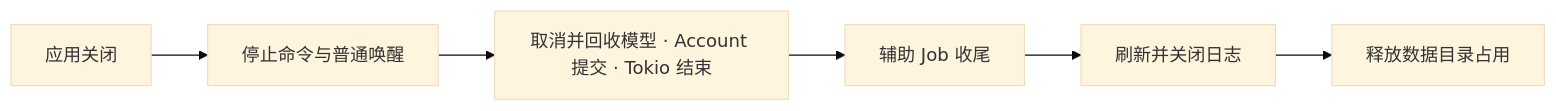
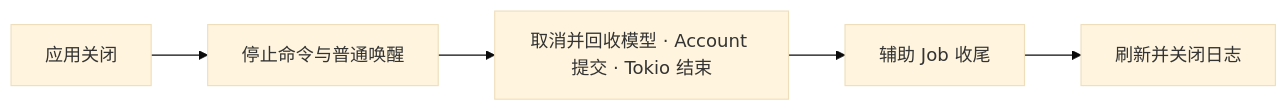
Before and after one commit to slc90/Agentelier: the third of 3 diagrams in docs/design/architecture.md, drawn with Mermaid (base theme). The commit also changed other lines of this file and 15 other files, not shown here.

````diff
--- a/docs/design/architecture.md
+++ b/docs/design/architecture.md
@@ -184,8 +184,7 @@
 ```mermaid
 flowchart LR
     Exit["应用关闭"] --> Stop["停止命令与普通唤醒"]
     Stop --> Agent["取消并回收模型 · Account 提交 · Tokio 结束"]
     Agent --> Jobs["辅助 Job 收尾"]
     Jobs --> Logs["刷新并关闭日志"]
-    Logs --> Data["释放数据目录占用"]
 ```
````
